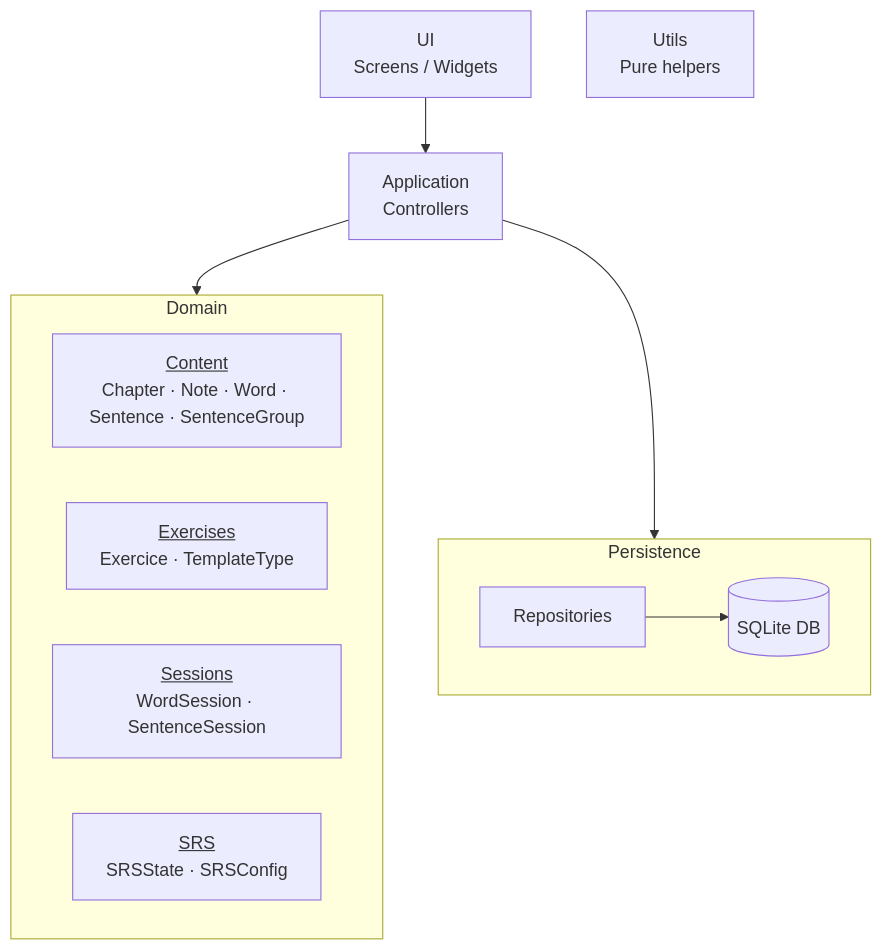
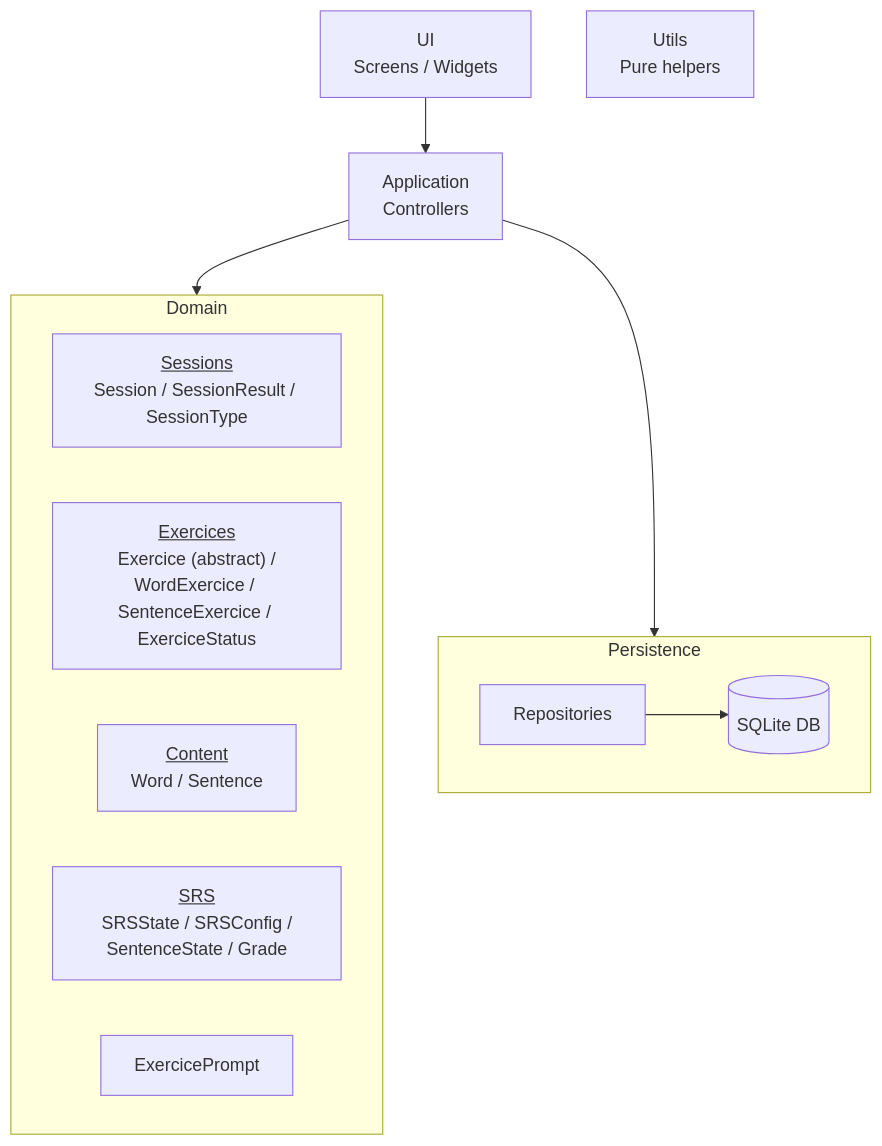
The diagram in docs/architecture/overview.md (Antoine-Lagache/psitta), drawn with Mermaid before and after one commit. The commit also changed other lines of this file and 11 other files, not shown here.

Commit message:
alignement docs et domain pour l'architecture

````diff
--- a/docs/architecture/overview.md
+++ b/docs/architecture/overview.md
@@ -12,31 +12,33 @@
 ```mermaid
 flowchart TD
     %% UI
     UI["UI<br/>Screens / Widgets"]
 
     %% Application
     APP["Application<br/>Controllers"]
 
     %% Domain (with internal structure)
     subgraph DOM["Domain"]
-        DOM_CONTENT["<u>Content</u><br/>Chapter · Note · Word · Sentence · SentenceGroup"]
-        DOM_EX["<u>Exercises</u><br/>Exercice · TemplateType"]
-        DOM_SESS["<u>Sessions</u><br/>WordSession · SentenceSession"]
-        DOM_SRS["<u>SRS</u><br/>SRSState · SRSConfig"]
+        DOM_SESS["<u>Sessions</u><br/>Session / SessionResult / SessionType"]
+        DOM_EXO["<u>Exercices</u><br/> Exercice (abstract) / WordExercice / SentenceExercice / ExerciceStatus"]
+        DOM_CONTENT["<u>Content</u><br/> Word / Sentence"]
+        DOM_SRS["<u>SRS</u><br/> SRSState / SRSConfig / SentenceState / Grade"]
+        DOM_PROMPT["ExercicePrompt"]
     end
 
     %% Persistence
     subgraph PERS["Persistence"]
         REPO["Repositories"]
         DB[(SQLite DB)]
         REPO --> DB
     end
 
     %% Utils (transversal, no explicit dependencies)
     UTILS["Utils<br/>Pure helpers"]
 
     %% Main dependencies
     UI --> APP
     APP --> DOM
     APP --> PERS
+
 ```
````
